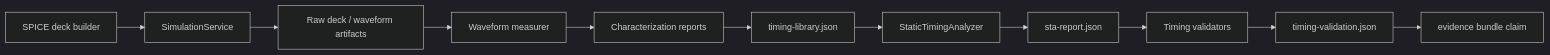
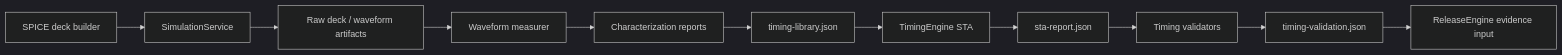
Before and after one commit to 1amageek/circuit-studio: the diagram in docs/timing-artifacts.md, drawn with Mermaid (dark theme). The commit also changed other lines of this file and 113 other files, not shown here.

````diff
--- a/docs/timing-artifacts.md
+++ b/docs/timing-artifacts.md
@@ -24,13 +24,13 @@
 ```mermaid
 flowchart LR
   Deck["SPICE deck builder"] --> Sim["SimulationService"]
   Sim --> Raw["Raw deck / waveform artifacts"]
   Raw --> Measure["Waveform measurer"]
   Measure --> Char["Characterization reports"]
   Char --> Library["timing-library.json"]
-  Library --> STA["StaticTimingAnalyzer"]
+  Library --> STA["TimingEngine STA"]
   STA --> STAReport["sta-report.json"]
   STAReport --> Validator["Timing validators"]
   Validator --> Validation["timing-validation.json"]
-  Validation --> Evidence["evidence bundle claim"]
+  Validation --> Evidence["ReleaseEngine evidence input"]
 ```
````
